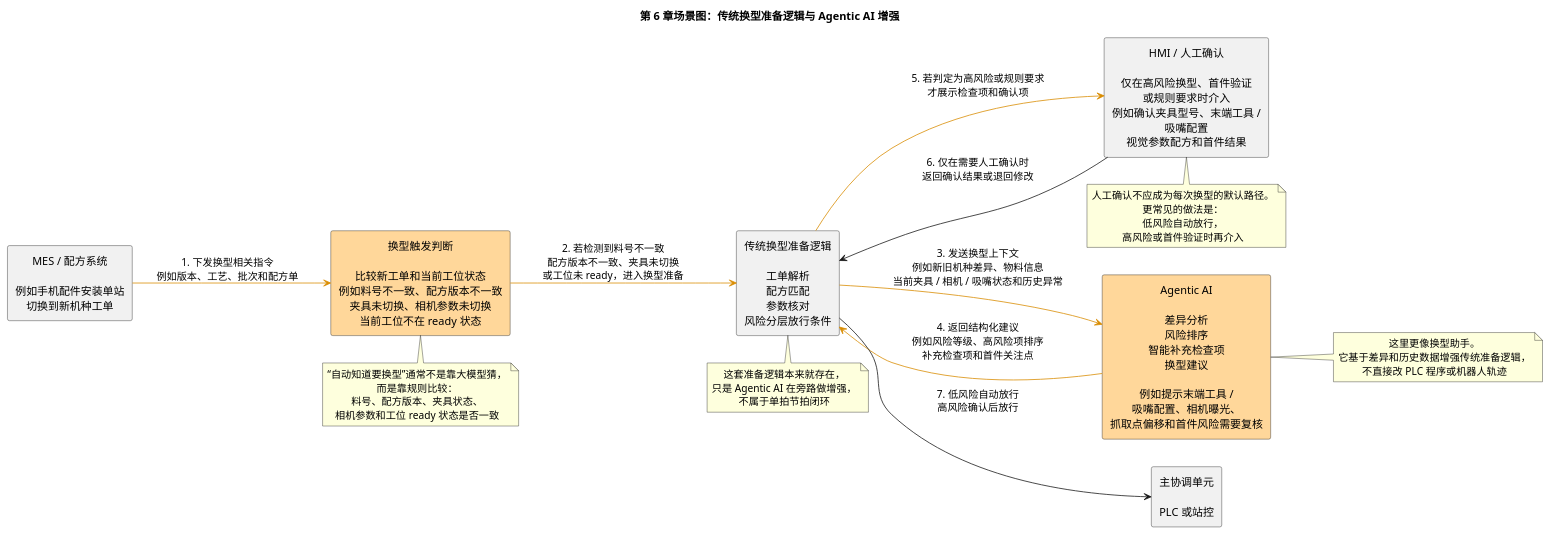
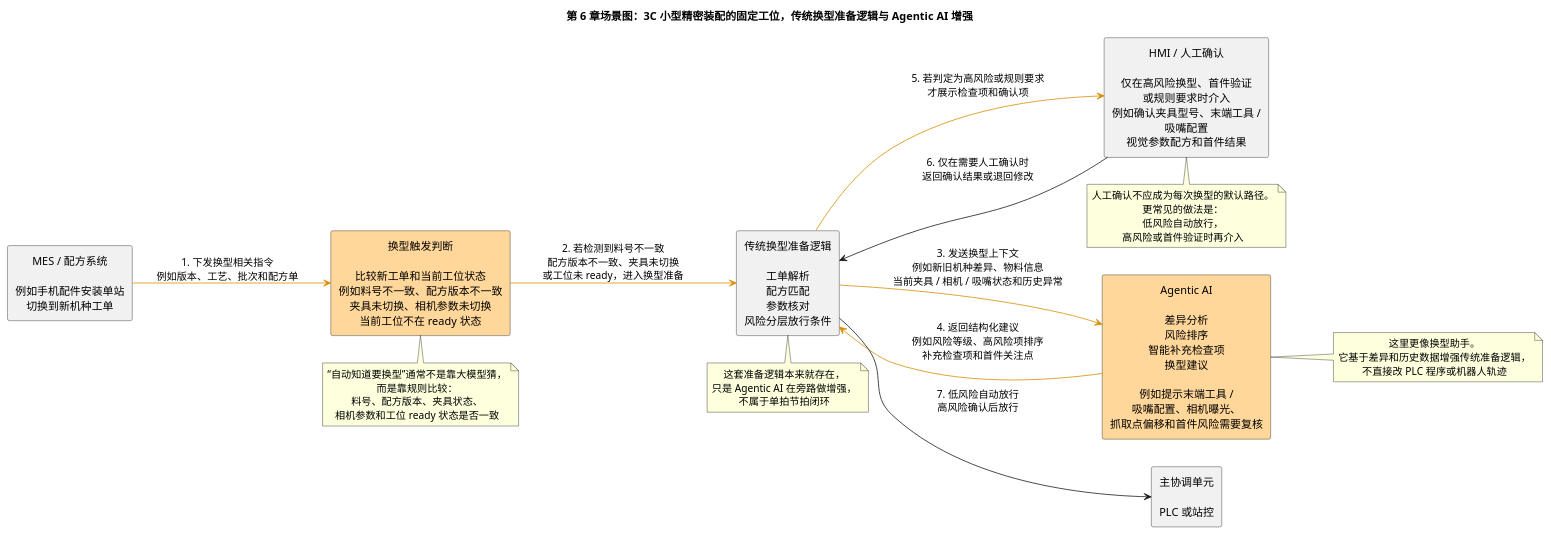
Before and after one commit to coolbeevip/coolbeevip.github.io: the diagram in content/posts/embodied-ai/abb-isaac-agent-flexible-manufacturing-ai-first/diagrams/abb-isaac-agent-flexible-manufacturing-ai-first-06-changeover-preparation.puml, drawn with PlantUML. The commit also changed 4 other files, not shown here.

```diff
--- a/content/posts/embodied-ai/abb-isaac-agent-flexible-manufacturing-ai-first/diagrams/abb-isaac-agent-flexible-manufacturing-ai-first-06-changeover-preparation.puml
+++ b/content/posts/embodied-ai/abb-isaac-agent-flexible-manufacturing-ai-first/diagrams/abb-isaac-agent-flexible-manufacturing-ai-first-06-changeover-preparation.puml
@@ -1,49 +1,49 @@
 @startuml
-title 第 6 章场景图：传统换型准备逻辑与 Agentic AI 增强
+title 第 6 章场景图：3C 小型精密装配的固定工位，传统换型准备逻辑与 Agentic AI 增强
 left to right direction
 skinparam shadowing false
 skinparam packageStyle rectangle
 skinparam defaultTextAlignment center
 skinparam wrapWidth 220
 
 rectangle "MES / 配方系统\n\n例如手机配件安装单站\n切换到新机种工单" as MES
 rectangle "换型触发判断\n\n比较新工单和当前工位状态\n例如料号不一致、配方版本不一致\n夹具未切换、相机参数未切换\n当前工位不在 ready 状态" as DETECT #FFD79A
 rectangle "传统换型准备逻辑\n\n工单解析\n配方匹配\n参数核对\n风险分层放行条件" as FLOW
 rectangle "Agentic AI\n\n差异分析\n风险排序\n智能补充检查项\n换型建议\n\n例如提示末端工具 / 吸嘴配置、相机曝光、\n抓取点偏移和首件风险需要复核" as APP #FFD79A
 rectangle "HMI / 人工确认\n\n仅在高风险换型、首件验证\n或规则要求时介入\n例如确认夹具型号、末端工具 / 吸嘴配置\n视觉参数配方和首件结果" as HMI
 rectangle "主协调单元\n\nPLC 或站控" as LOOP
 
 MES -[#D98C00]-> DETECT : 1. 下发换型相关指令\n例如版本、工艺、批次和配方单
 DETECT -[#D98C00]-> FLOW : 2. 若检测到料号不一致\n配方版本不一致、夹具未切换\n或工位未 ready，进入换型准备
 FLOW -[#D98C00]-> APP : 3. 发送换型上下文\n例如新旧机种差异、物料信息\n当前夹具 / 相机 / 吸嘴状态和历史异常
 APP -[#D98C00]-> FLOW : 4. 返回结构化建议\n例如风险等级、高风险项排序\n补充检查项和首件关注点
 FLOW -[#D98C00]-> HMI : 5. 若判定为高风险或规则要求\n才展示检查项和确认项
 HMI --> FLOW : 6. 仅在需要人工确认时\n返回确认结果或退回修改
 FLOW --> LOOP : 7. 低风险自动放行\n高风险确认后放行
 
 note bottom of FLOW
 这套准备逻辑本来就存在，
 只是 Agentic AI 在旁路做增强，
 不属于单拍节拍闭环
 end note
 
 note bottom of DETECT
 “自动知道要换型”通常不是靠大模型猜，
 而是靠规则比较：
 料号、配方版本、夹具状态、
 相机参数和工位 ready 状态是否一致
 end note
 
 note right of APP
 这里更像换型助手。
 它基于差异和历史数据增强传统准备逻辑，
 不直接改 PLC 程序或机器人轨迹
 end note
 
 note bottom of HMI
 人工确认不应成为每次换型的默认路径。
 更常见的做法是：
 低风险自动放行，
 高风险或首件验证时再介入
 end note
 @enduml
```
